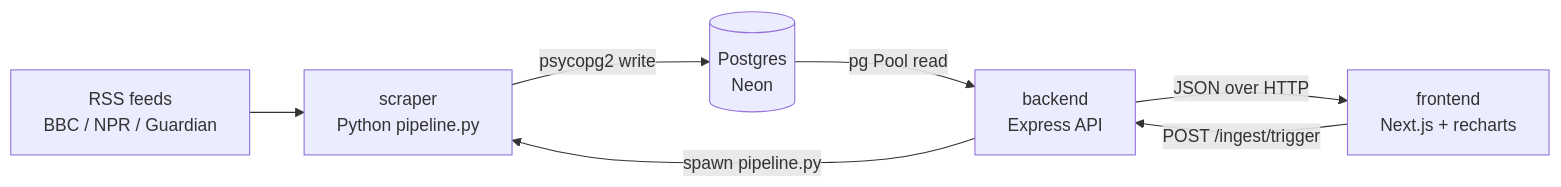
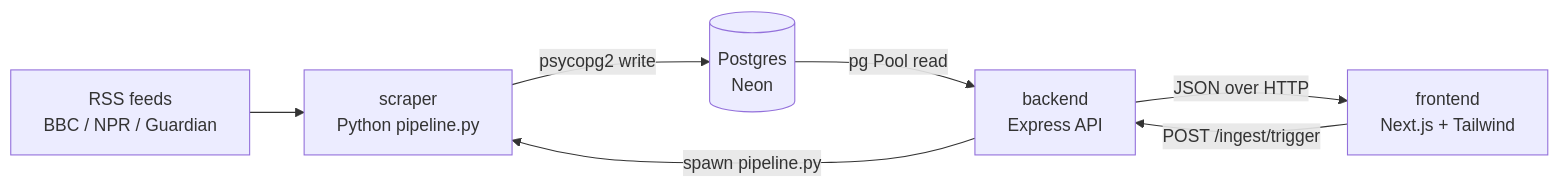
One commit to ParthAhuja4/news-pulse changed the diagram in README.md. Above: the diagram before and after it, drawn with Mermaid. The commit also changed other lines of this file and 1 other file, not shown here.

````diff
--- a/README.md
+++ b/README.md
@@ -52,9 +52,9 @@
 ```mermaid
 flowchart LR
     RSS[RSS feeds<br/>BBC / NPR / Guardian] --> S[scraper<br/>Python pipeline.py]
     S -->|psycopg2 write| DB[(Postgres<br/>Neon)]
     DB -->|pg Pool read| BE[backend<br/>Express API]
-    BE -->|JSON over HTTP| FE[frontend<br/>Next.js + recharts]
+    BE -->|JSON over HTTP| FE[frontend<br/>Next.js + Tailwind]
     FE -->|POST /ingest/trigger| BE
     BE -->|spawn pipeline.py| S
 ```
````
